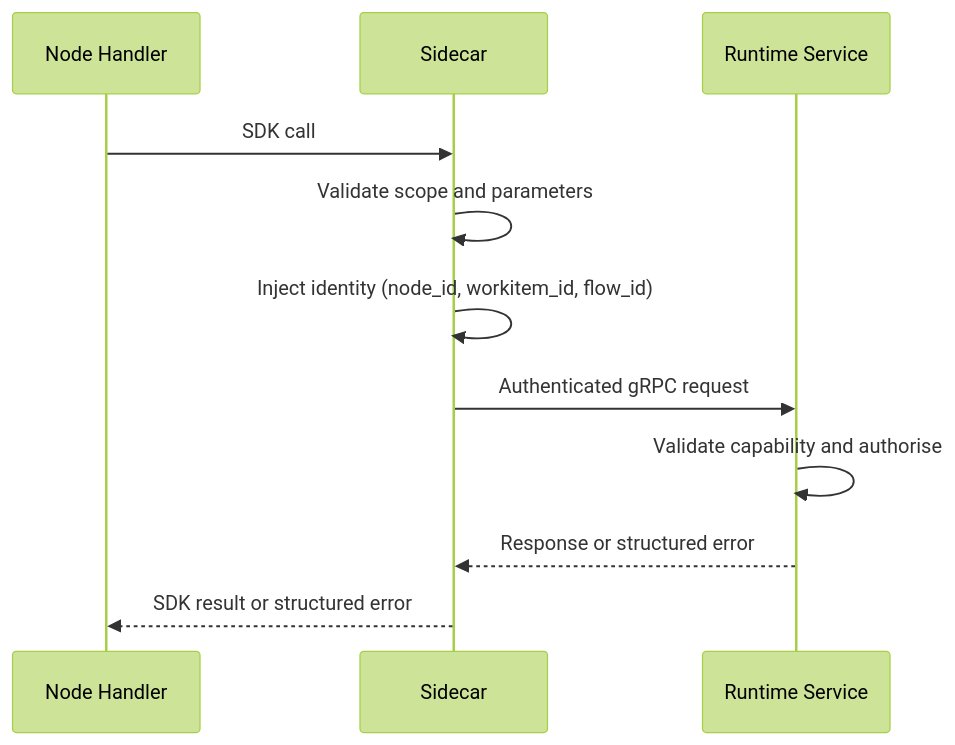
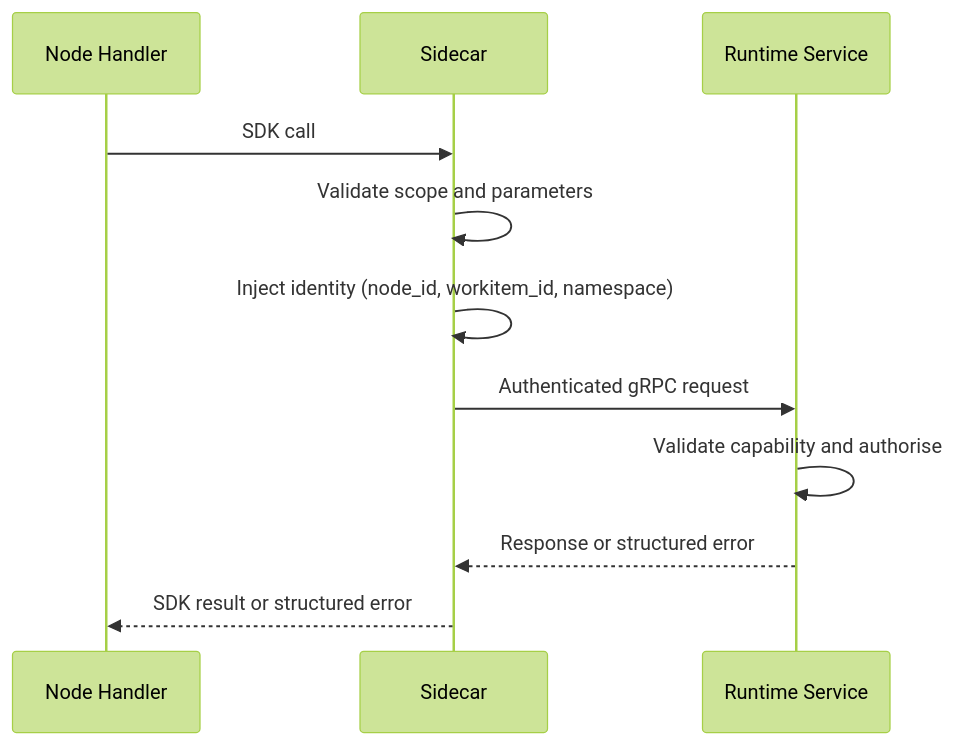
Before and after one commit to really-knows-ai/gideas: the diagram in specs/05-reference/grpc-api.md, drawn with Mermaid (forest theme). The commit also changed other lines of this file and 116 other files, not shown here.

````diff
--- a/specs/05-reference/grpc-api.md
+++ b/specs/05-reference/grpc-api.md
@@ -277,14 +277,14 @@
 ```mermaid
 sequenceDiagram
     participant ND as Node Handler
     participant SC as Sidecar
     participant SV as Runtime Service
 
     ND->>SC: SDK call
     SC->>SC: Validate scope and parameters
-    SC->>SC: Inject identity (node_id, workitem_id, flow_id)
+    SC->>SC: Inject identity (node_id, workitem_id, namespace)
     SC->>SV: Authenticated gRPC request
     SV->>SV: Validate capability and authorise
     SV-->>SC: Response or structured error
     SC-->>ND: SDK result or structured error
 ```
````
